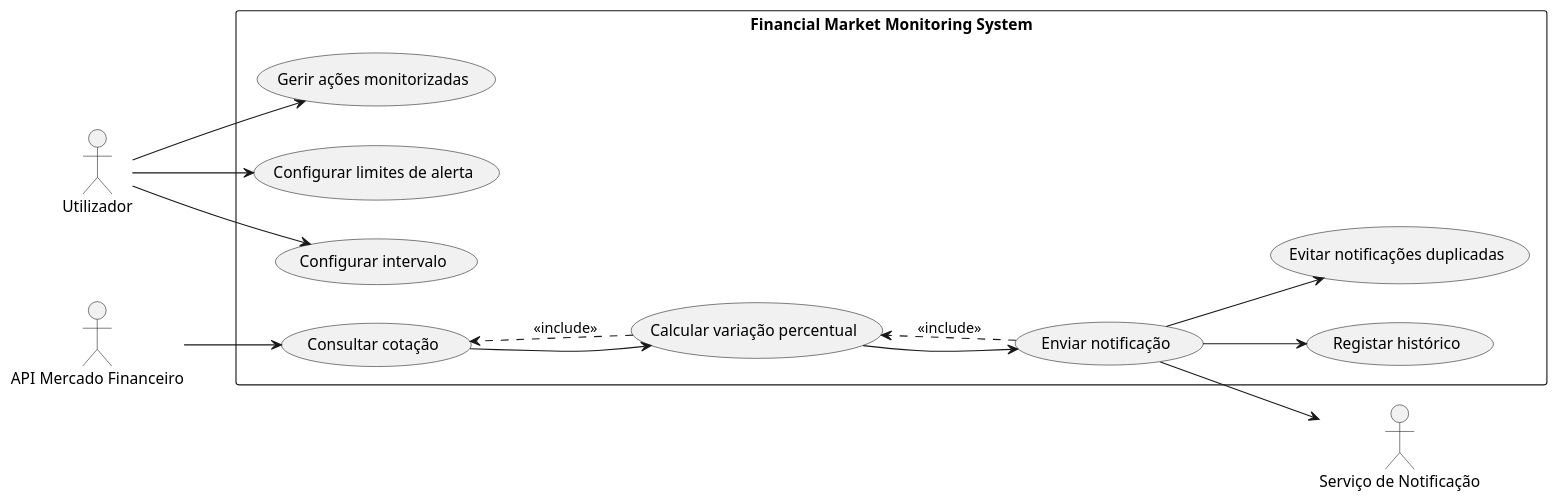
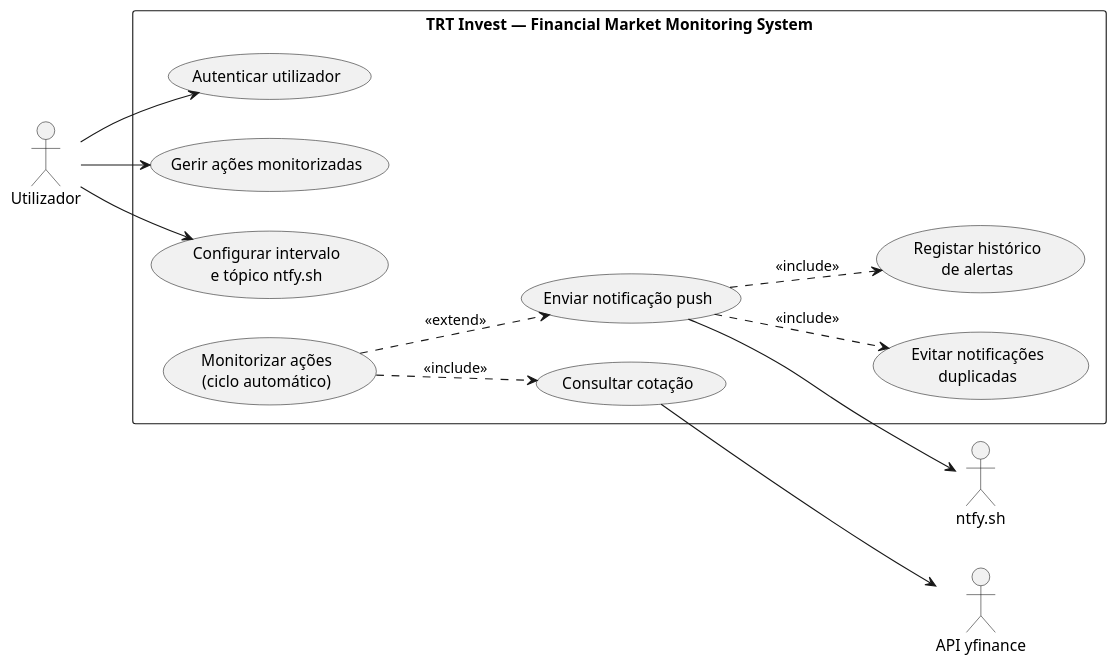
Before and after one commit to leviPereira5/TRT: the diagram in docs/diagrams/use_case_diagram.puml, drawn with PlantUML. The commit also changed 17 other files, not shown here.

```diff
--- a/docs/diagrams/use_case_diagram.puml
+++ b/docs/diagrams/use_case_diagram.puml
@@ -1,36 +1,38 @@
 @startuml
 left to right direction
 
 actor "Utilizador" as U
-actor "API Mercado Financeiro" as API
-actor "Serviço de Notificação" as NS
+actor "API yfinance" as API
+actor "ntfy.sh" as NTFY
 
-rectangle "Financial Market Monitoring System" {
+rectangle "TRT Invest — Financial Market Monitoring System" {
 
-  usecase "Gerir ações monitorizadas" as UC1
-  usecase "Configurar limites de alerta" as UC2
-  usecase "Configurar intervalo" as UC3
-  usecase "Consultar cotação" as UC4
-  usecase "Calcular variação percentual" as UC5
-  usecase "Enviar notificação" as UC6
-  usecase "Registar histórico" as UC7
-  usecase "Evitar notificações duplicadas" as UC8
+  usecase "Autenticar utilizador" as UC10
+  usecase "Gerir ações monitorizadas" as UC01
+  usecase "Configurar intervalo\ne tópico ntfy.sh" as UC02
+  usecase "Monitorizar ações\n(ciclo automático)" as UC09
+  usecase "Consultar cotação" as UC04
+  usecase "Enviar notificação push" as UC06
+  usecase "Evitar notificações\nduplicadas" as UC08
+  usecase "Registar histórico\nde alertas" as UC07
+
 }
 
-U --> UC1
-U --> UC2
-U --> UC3
+' Utilizador
+U --> UC10
+U --> UC01
+U --> UC02
 
-API --> UC4
+' Sistema inicia monitorização
+UC09 ..> UC04 : <<include>>
+UC09 ..> UC06 : <<extend>>
 
-UC4 --> UC5
-UC5 --> UC6
-UC6 --> NS
+' Notificação
+UC06 ..> UC08 : <<include>>
+UC06 ..> UC07 : <<include>>
 
-UC6 --> UC7
-UC6 --> UC8
-
-UC5 ..> UC4 : <<include>>
-UC6 ..> UC5 : <<include>>
+' Externas
+UC04 --> API
+UC06 --> NTFY
 
 @enduml
```
